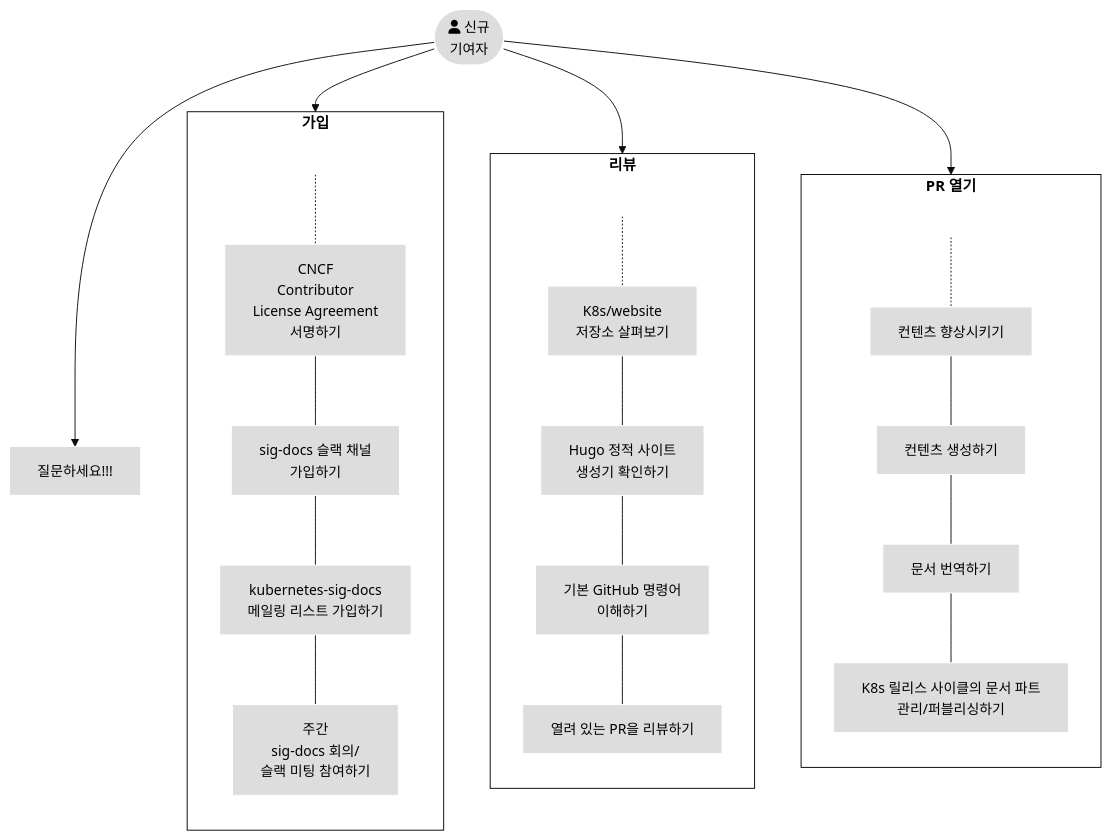
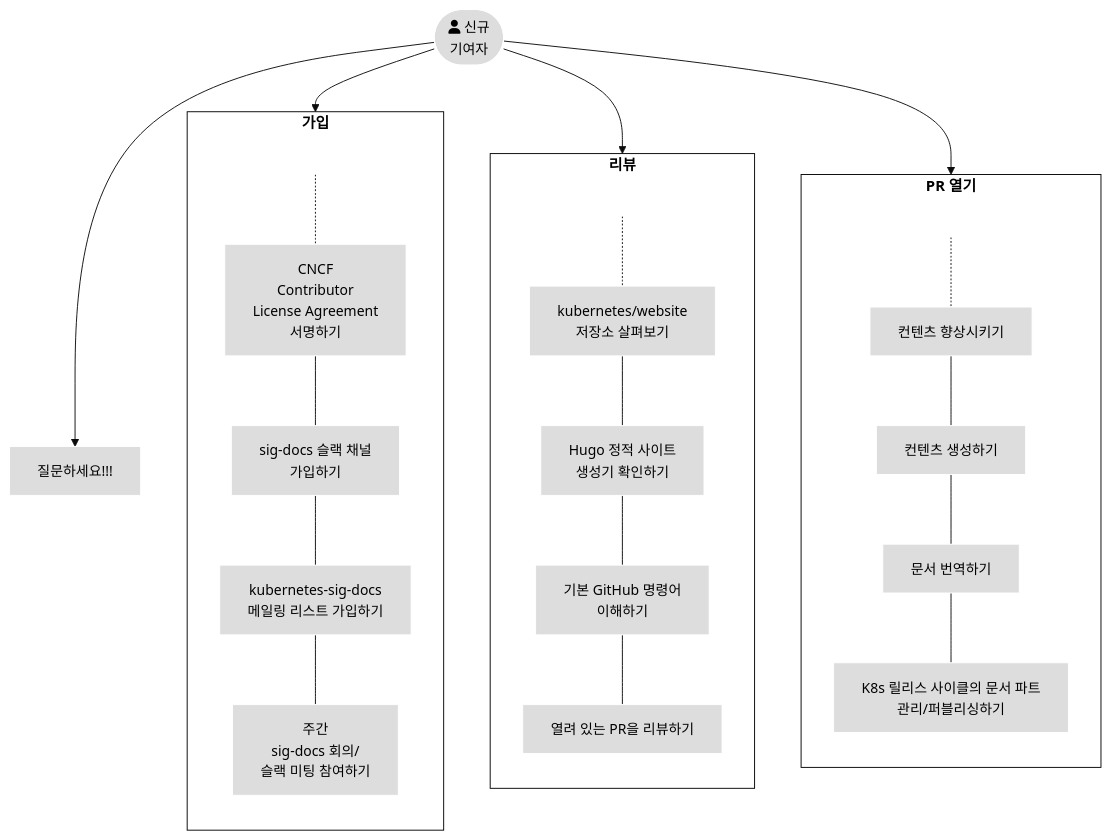
The first of 2 diagrams in content/ko/docs/contribute/_index.md (kubernetes/website), drawn with Mermaid (base theme) before and after one commit. The commit also changed other lines of this file and 18 other files, not shown here.

```diff
--- a/content/ko/docs/contribute/_index.md
+++ b/content/ko/docs/contribute/_index.md
@@ -65,40 +65,40 @@
 {{< mermaid >}}
 flowchart TB
 subgraph third[PR 열기]
 direction TB
 U[ ] -.-
 Q[컨텐츠 향상시키기] --- N[컨텐츠 생성하기]
 N --- O[문서 번역하기]
 O --- P[K8s 릴리스 사이클의 문서 파트<br>관리/퍼블리싱하기]
 
 end
 
 subgraph second[리뷰]
 direction TB
    T[ ] -.-
-   D[K8s/website<br>저장소 살펴보기] --- E[Hugo 정적 사이트<br>생성기 확인하기]
+   D[kubernetes/website<br>저장소 살펴보기] --- E[Hugo 정적 사이트<br>생성기 확인하기]
    E --- F[기본 GitHub 명령어<br>이해하기]
    F --- G[열려 있는 PR을 리뷰하기]
 end
 
 subgraph first[가입]
     direction TB
     S[ ] -.-
     B[CNCF<br>Contributor<br>License Agreement<br>서명하기] --- C[sig-docs 슬랙 채널<br>가입하기] 
     C --- V[kubernetes-sig-docs<br>메일링 리스트 가입하기]
     V --- M[주간<br>sig-docs 회의/<br>슬랙 미팅 참여하기]
 end
 
 A([fa:fa-user 신규<br>기여자]) --> first
 A --> second
 A --> third
 A --> H[질문하세요!!!]
 
 
 classDef grey fill:#dddddd,stroke:#ffffff,stroke-width:px,color:#000000, font-size:15px;
 classDef white fill:#ffffff,stroke:#000,stroke-width:px,color:#000,font-weight:bold
 classDef spacewhite fill:#ffffff,stroke:#fff,stroke-width:0px,color:#000
 class A,B,C,D,E,F,G,H,M,Q,N,O,P,V grey
 class S,T,U spacewhite
 class first,second,third white
 {{</ mermaid >}}
```
